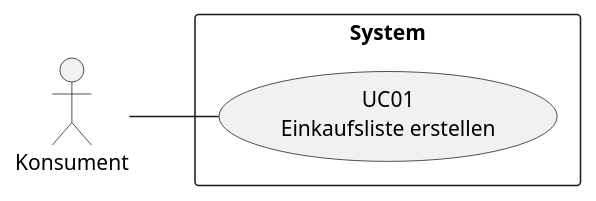
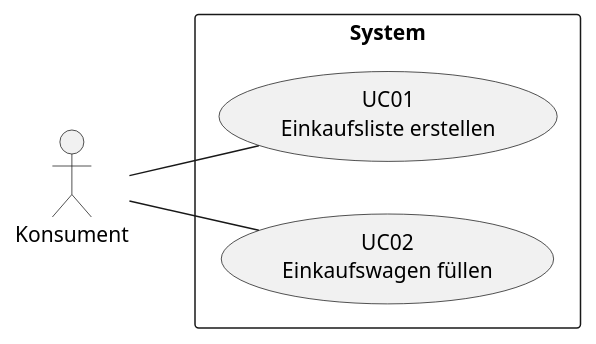
The diagram in System/documentation/use_case_map.iuml (PhilipStolz/BDD_Einkaufsliste), drawn with PlantUML before and after one commit. The commit also changed 2 other files, not shown here.

Commit message:
New feature einkaufswagen_fuellen.

```diff
--- a/System/documentation/use_case_map.iuml
+++ b/System/documentation/use_case_map.iuml
@@ -1,11 +1,13 @@
 @startuml
 left to right direction
 
 :Konsument: as act01
 
 rectangle "System" {
     "UC01\nEinkaufsliste erstellen" as (uc01)
+    "UC02\nEinkaufswagen füllen" as (uc02)
 }
 
 act01 -- (uc01)
+act01 -- (uc02)
 @enduml
```
